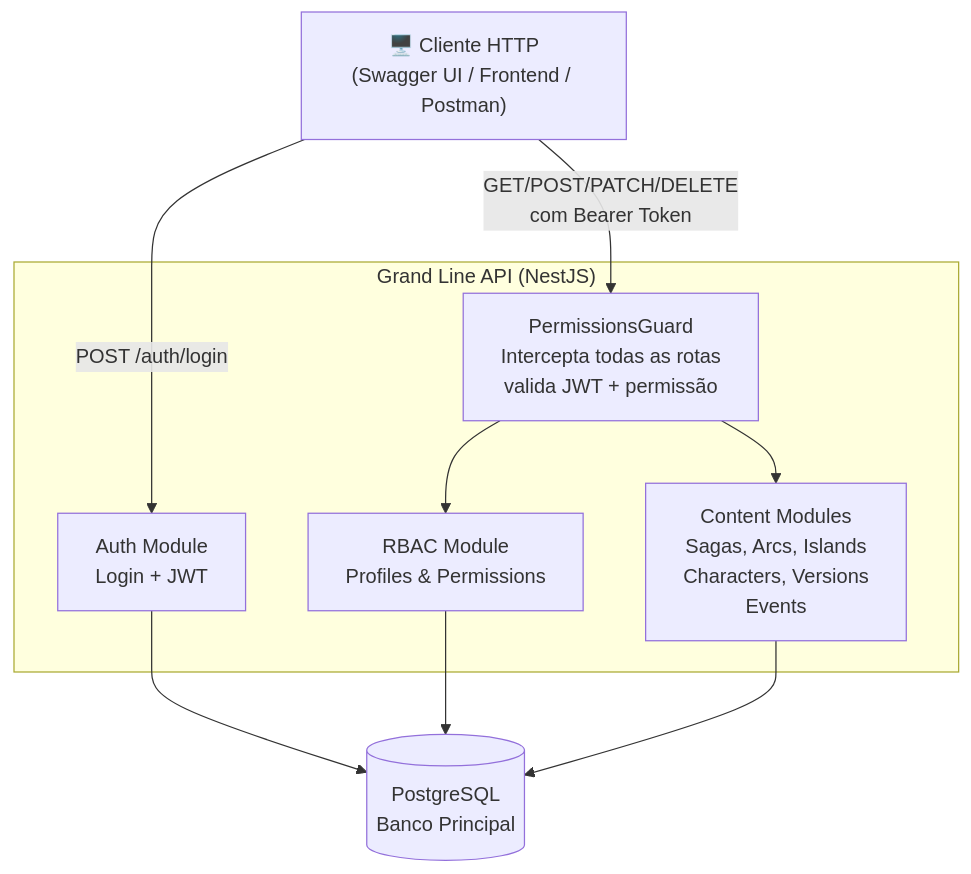
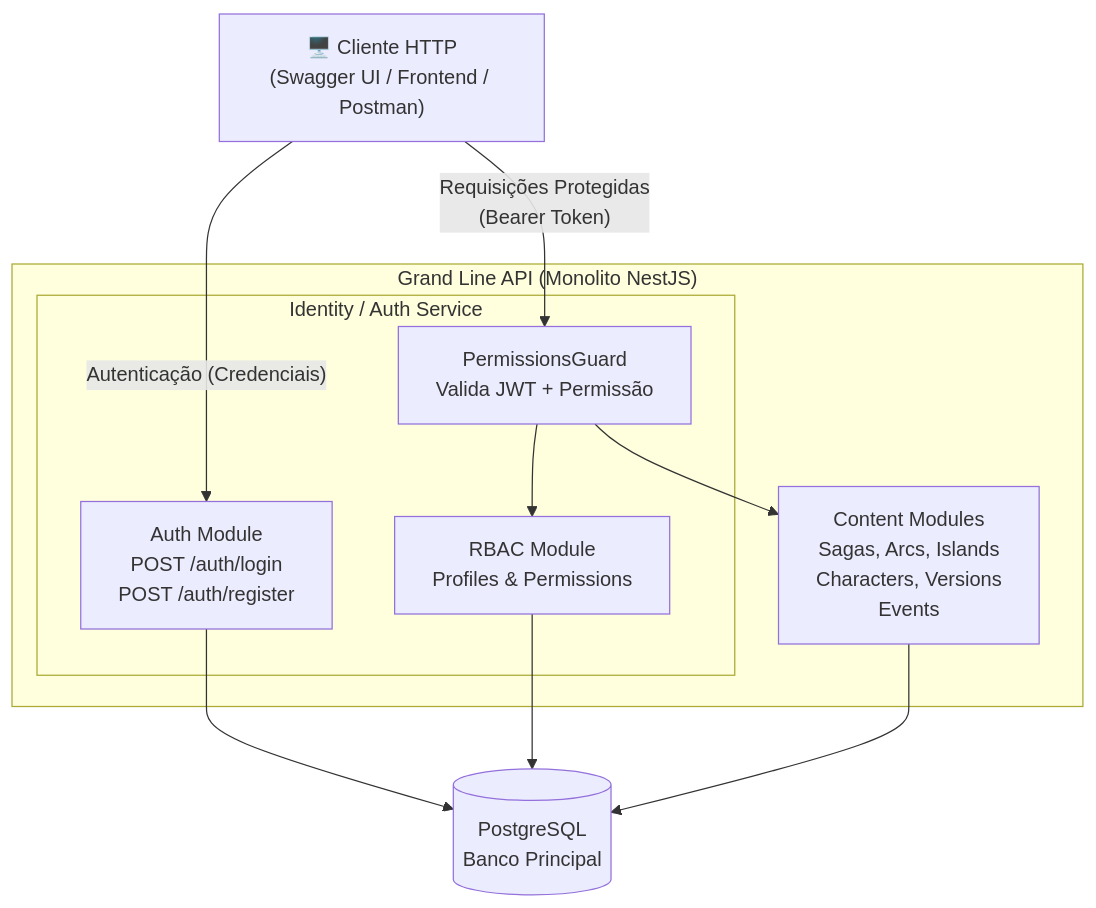
Before and after one commit to arthurair3s/one-piece-wiki: the second of 2 diagrams in README.md, drawn with Mermaid.

Commit message:
fix: correção da representacao de POST /auth/login

````diff
--- a/README.md
+++ b/README.md
@@ -63,21 +63,27 @@
 ```mermaid
 graph TD
     CLIENT["🖥️ Cliente HTTP<br/>(Swagger UI / Frontend / Postman)"]
 
-    subgraph API ["Grand Line API (NestJS)"]
-        AUTH["Auth Module<br/>Login + JWT"]
-        RBAC["RBAC Module<br/>Profiles & Permissions"]
+    subgraph API ["Grand Line API (Monolito NestJS)"]
+        
+        subgraph IDENTITY ["Identity / Auth Service"]
+            AUTH["Auth Module<br/>POST /auth/login<br/>POST /auth/register"]
+            RBAC["RBAC Module<br/>Profiles & Permissions"]
+            GUARD["PermissionsGuard<br/>Valida JWT + Permissão"]
+        end
+        
         CONTENT["Content Modules<br/>Sagas, Arcs, Islands<br/>Characters, Versions<br/>Events"]
-        GUARD["PermissionsGuard<br/>Intercepta todas as rotas<br/>valida JWT + permissão"]
     end
 
     DB[("PostgreSQL<br/>Banco Principal")]
 
-    CLIENT -->|"POST /auth/login"| AUTH
-    CLIENT -->|"GET/POST/PATCH/DELETE<br/>com Bearer Token"| GUARD
+    CLIENT -->|"Autenticação (Credenciais)"| AUTH
+    CLIENT -->|"Requisições Protegidas<br/>(Bearer Token)"| GUARD
+    
     GUARD --> RBAC
     GUARD --> CONTENT
+    
     AUTH --> DB
     RBAC --> DB
     CONTENT --> DB
 ```
````
